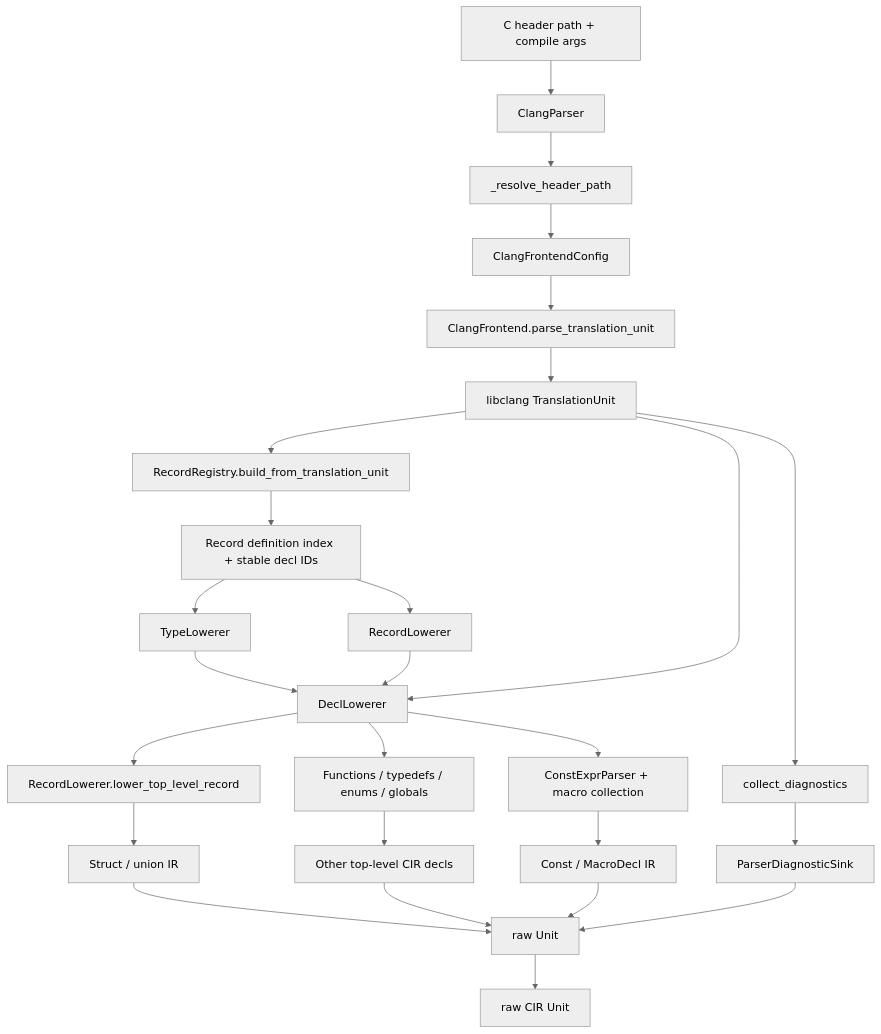
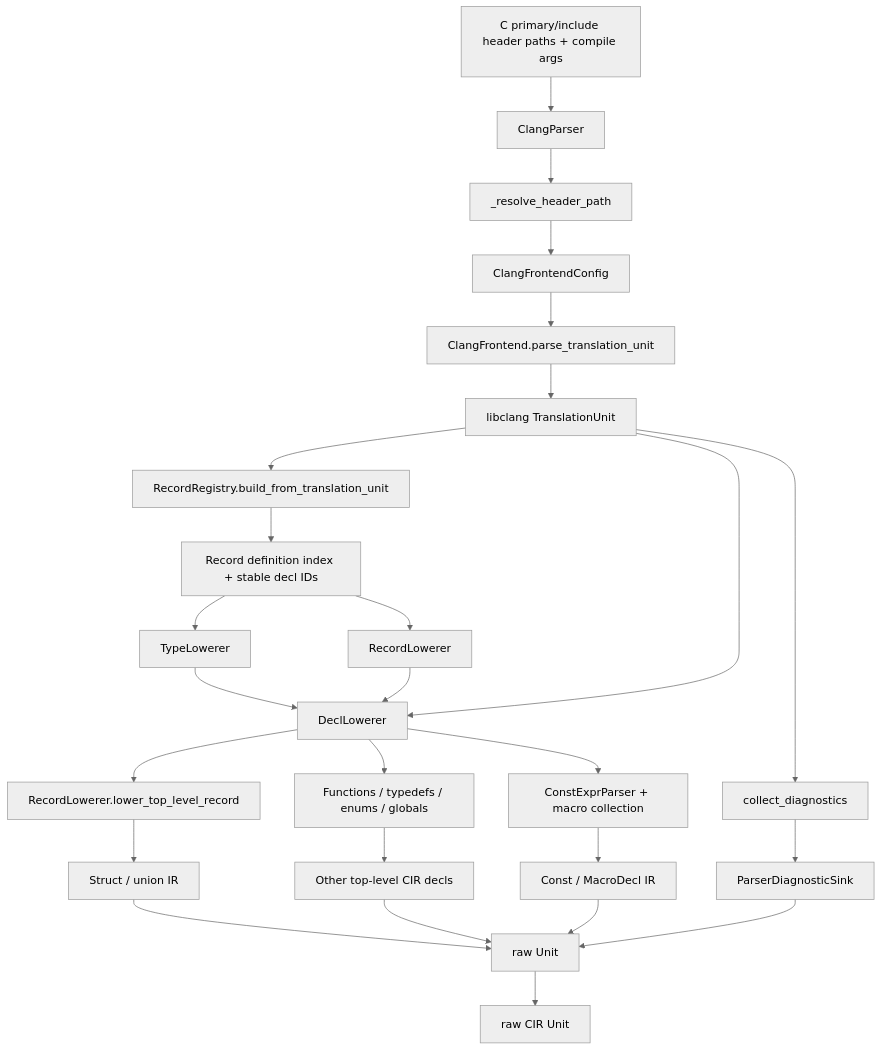
The diagram in docs/parsing_c_to_cir_pipeline.md (MoSafi2/mojo_bindgen), drawn with Mermaid (neutral theme) before and after one commit. The commit also changed other lines of this file and 11 other files, not shown here.

Commit message:
Add include header emission support

````diff
--- a/docs/parsing_c_to_cir_pipeline.md
+++ b/docs/parsing_c_to_cir_pipeline.md
@@ -9,35 +9,35 @@
 ```mermaid
 flowchart TD
-    A[C header path + compile args] --> B[ClangParser]
+    A[C primary/include header paths + compile args] --> B[ClangParser]
     B --> C[_resolve_header_path]
     C --> D[ClangFrontendConfig]
     D --> E[ClangFrontend.parse_translation_unit]
     E --> F[libclang TranslationUnit]
 
     F --> G[collect_diagnostics]
     G --> H[ParserDiagnosticSink]
 
     F --> I[RecordRegistry.build_from_translation_unit]
     I --> J[Record definition index + stable decl IDs]
 
     J --> K[TypeLowerer]
     J --> L[RecordLowerer]
     K --> M[DeclLowerer]
     L --> M
     F --> M
 
     M --> N[Functions / typedefs / enums / globals]
     M --> O[RecordLowerer.lower_top_level_record]
     M --> P[ConstExprParser + macro collection]
 
     O --> Q[Struct / union IR]
     N --> R[Other top-level CIR decls]
     P --> S[Const / MacroDecl IR]
 
     Q --> T[raw Unit]
     R --> T
     S --> T
     H --> T
 
     T --> U[raw CIR Unit]
 ```
````
